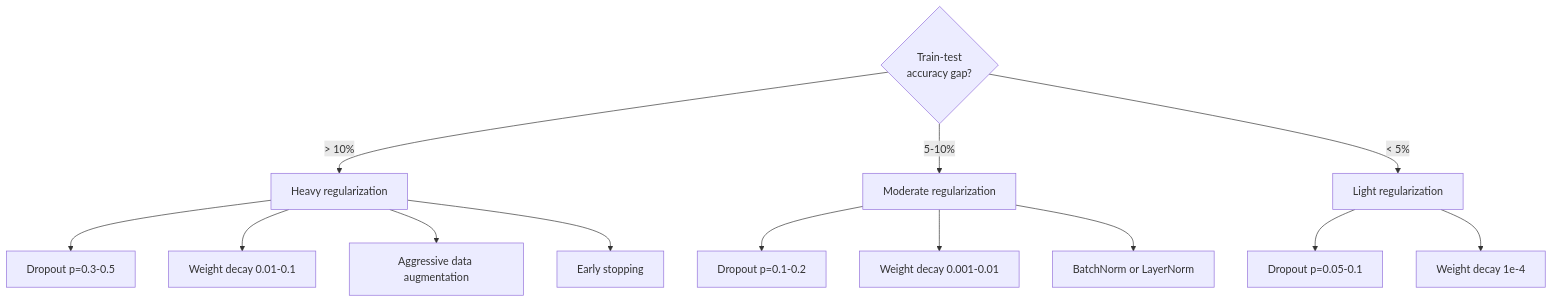
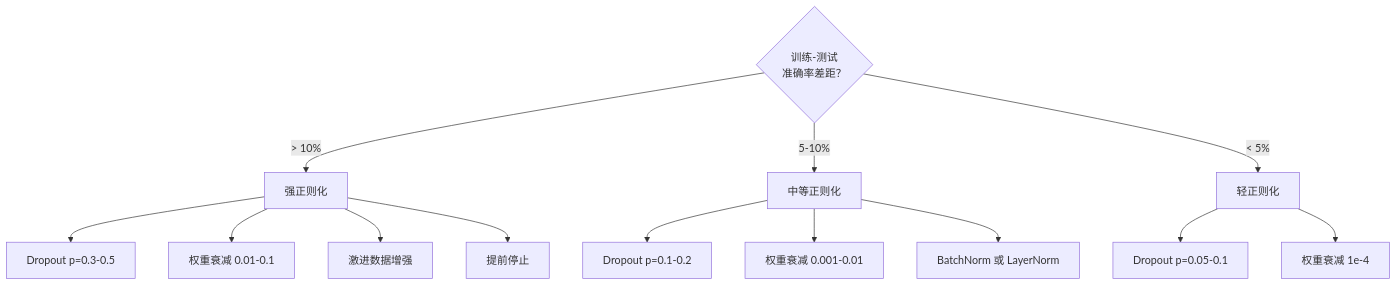
The third of 3 diagrams in phases/03-deep-learning-core/07-regularization/docs/zh.md (omigaZen/ai-engineering-from-scratch), drawn with Mermaid before and after one commit. The commit also changed other lines of this file, not shown here.

Commit message:
feat(phase-03/07): polish regularization text

````diff
--- a/phases/03-deep-learning-core/07-regularization/docs/zh.md
+++ b/phases/03-deep-learning-core/07-regularization/docs/zh.md
@@ -163,18 +163,18 @@
 ```mermaid
 flowchart TD
-    Gap{"Train-test<br/>accuracy gap?"} -->|"> 10%"| Heavy["Heavy regularization"]
-    Gap -->|"5-10%"| Medium["Moderate regularization"]
-    Gap -->|"< 5%"| Light["Light regularization"]
+    Gap{"训练-测试<br/>准确率差距？"} -->|"> 10%"| Heavy["强正则化"]
+    Gap -->|"5-10%"| Medium["中等正则化"]
+    Gap -->|"< 5%"| Light["轻正则化"]
 
     Heavy --> D5["Dropout p=0.3-0.5"]
-    Heavy --> WD2["Weight decay 0.01-0.1"]
-    Heavy --> Aug["Aggressive data augmentation"]
-    Heavy --> ES["Early stopping"]
+    Heavy --> WD2["权重衰减 0.01-0.1"]
+    Heavy --> Aug["激进数据增强"]
+    Heavy --> ES["提前停止"]
 
     Medium --> D3["Dropout p=0.1-0.2"]
-    Medium --> WD1["Weight decay 0.001-0.01"]
-    Medium --> Norm["BatchNorm or LayerNorm"]
+    Medium --> WD1["权重衰减 0.001-0.01"]
+    Medium --> Norm["BatchNorm 或 LayerNorm"]
 
     Light --> D1["Dropout p=0.05-0.1"]
-    Light --> WD0["Weight decay 1e-4"]
+    Light --> WD0["权重衰减 1e-4"]
 ```
````
